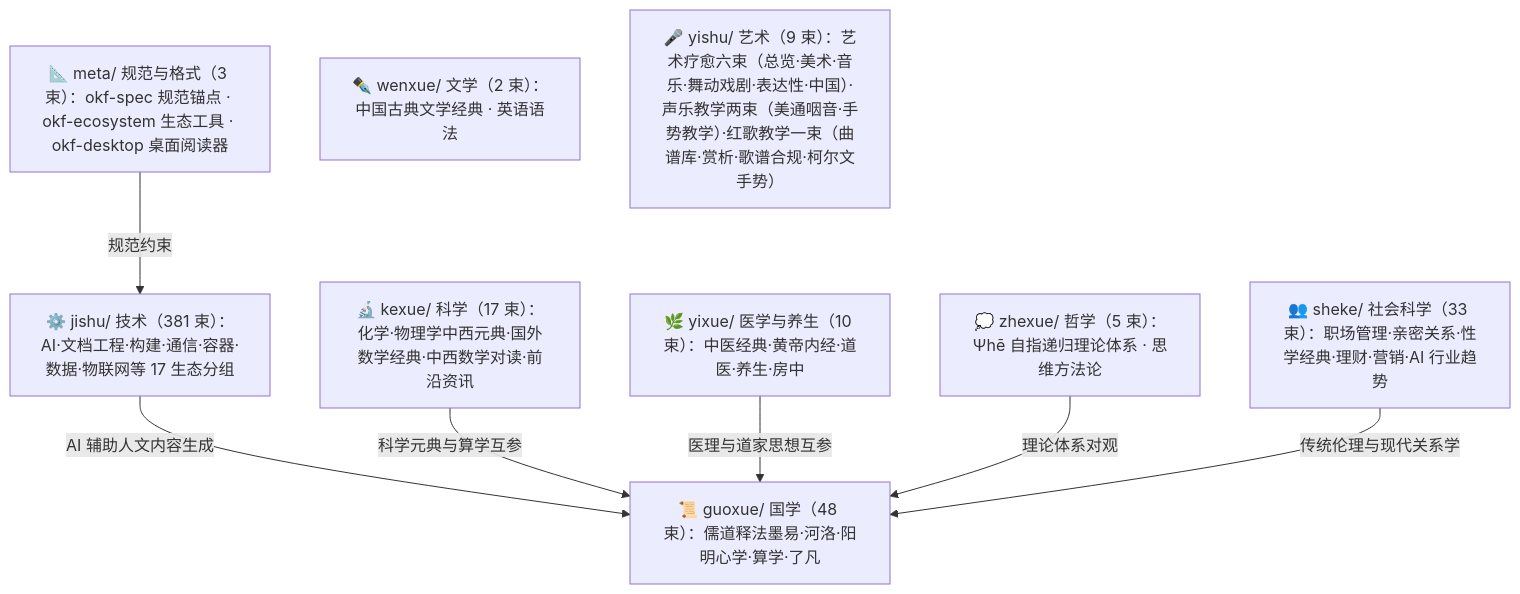
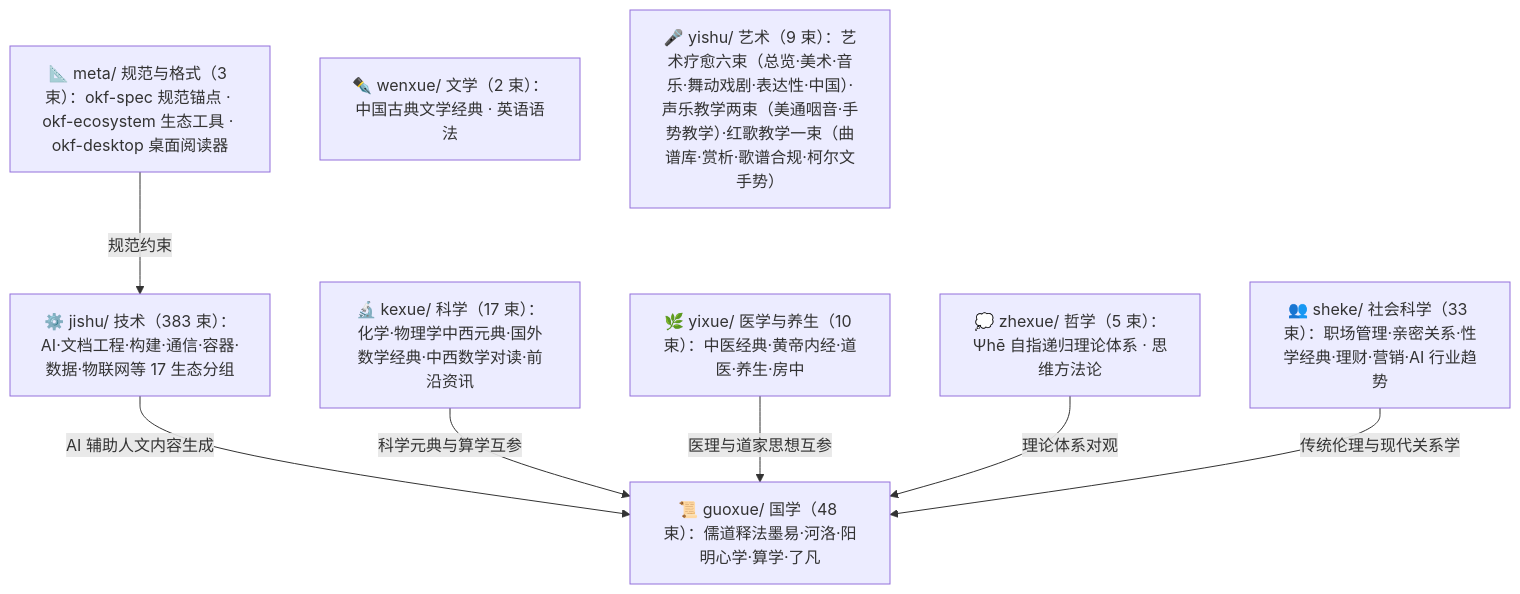
The diagram in doc/bundles/index.md (awesome-flexloop/awesome-okf), drawn with Mermaid before and after one commit. The commit also changed other lines of this file and 18 other files, not shown here.

````diff
--- a/doc/bundles/index.md
+++ b/doc/bundles/index.md
@@ -21,18 +21,18 @@
 ```mermaid
 flowchart TD
     meta["📐 meta/ 规范与格式（3 束）：okf-spec 规范锚点 · okf-ecosystem 生态工具 · okf-desktop 桌面阅读器"]
     guoxue["📜 guoxue/ 国学（48 束）：儒道释法墨易·河洛·阳明心学·算学·了凡"]
     zhexue["💭 zhexue/ 哲学（5 束）：Ψhē 自指递归理论体系 · 思维方法论"]
     kexue["🔬 kexue/ 科学（17 束）：化学·物理学中西元典·国外数学经典·中西数学对读·前沿资讯"]
     wenxue["✒️ wenxue/ 文学（2 束）：中国古典文学经典 · 英语语法"]
     yixue["🌿 yixue/ 医学与养生（10 束）：中医经典·黄帝内经·道医·养生·房中"]
     sheke["👥 sheke/ 社会科学（33 束）：职场管理·亲密关系·性学经典·理财·营销·AI 行业趋势"]
     yishu["🎤 yishu/ 艺术（9 束）：艺术疗愈六束（总览·美术·音乐·舞动戏剧·表达性·中国）·声乐教学两束（美通咽音·手势教学）·红歌教学一束（曲谱库·赏析·歌谱合规·柯尔文手势）"]
-    jishu["⚙️ jishu/ 技术（381 束）：AI·文档工程·构建·通信·容器·数据·物联网等 17 生态分组"]
+    jishu["⚙️ jishu/ 技术（383 束）：AI·文档工程·构建·通信·容器·数据·物联网等 17 生态分组"]
     meta -->|"规范约束"| jishu
     jishu -->|"AI 辅助人文内容生成"| guoxue
     kexue -->|"科学元典与算学互参"| guoxue
     yixue -->|"医理与道家思想互参"| guoxue
     zhexue -->|"理论体系对观"| guoxue
     sheke -->|"传统伦理与现代关系学"| guoxue
 ```
````
